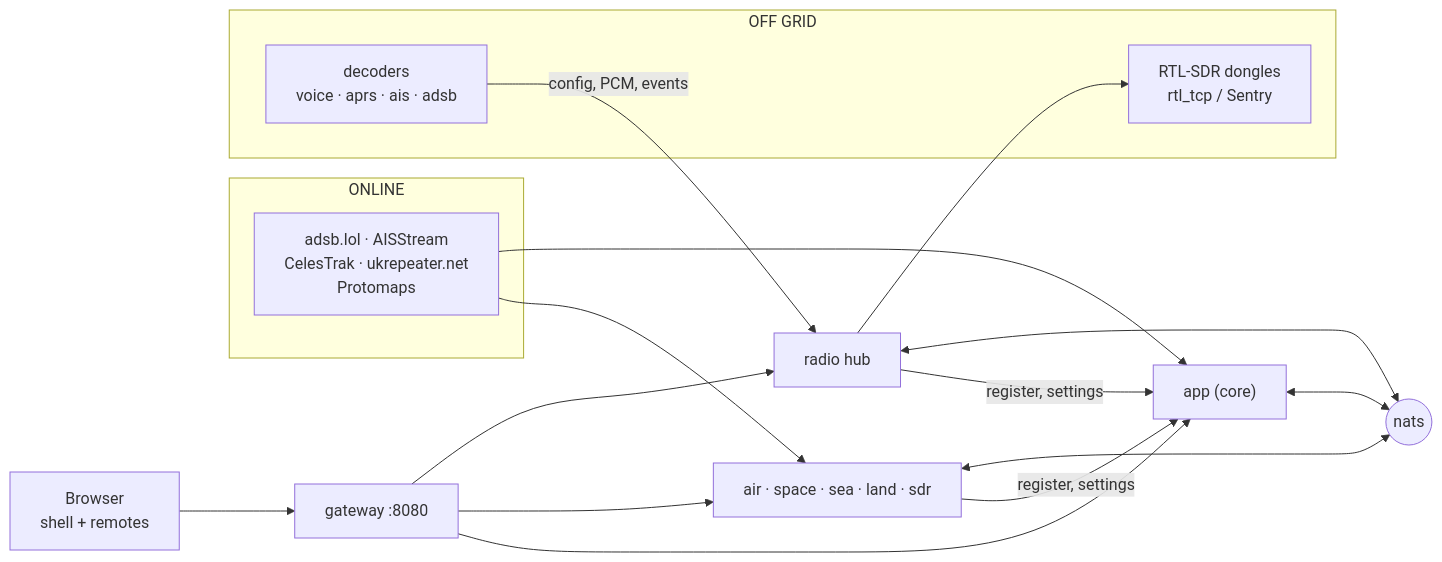
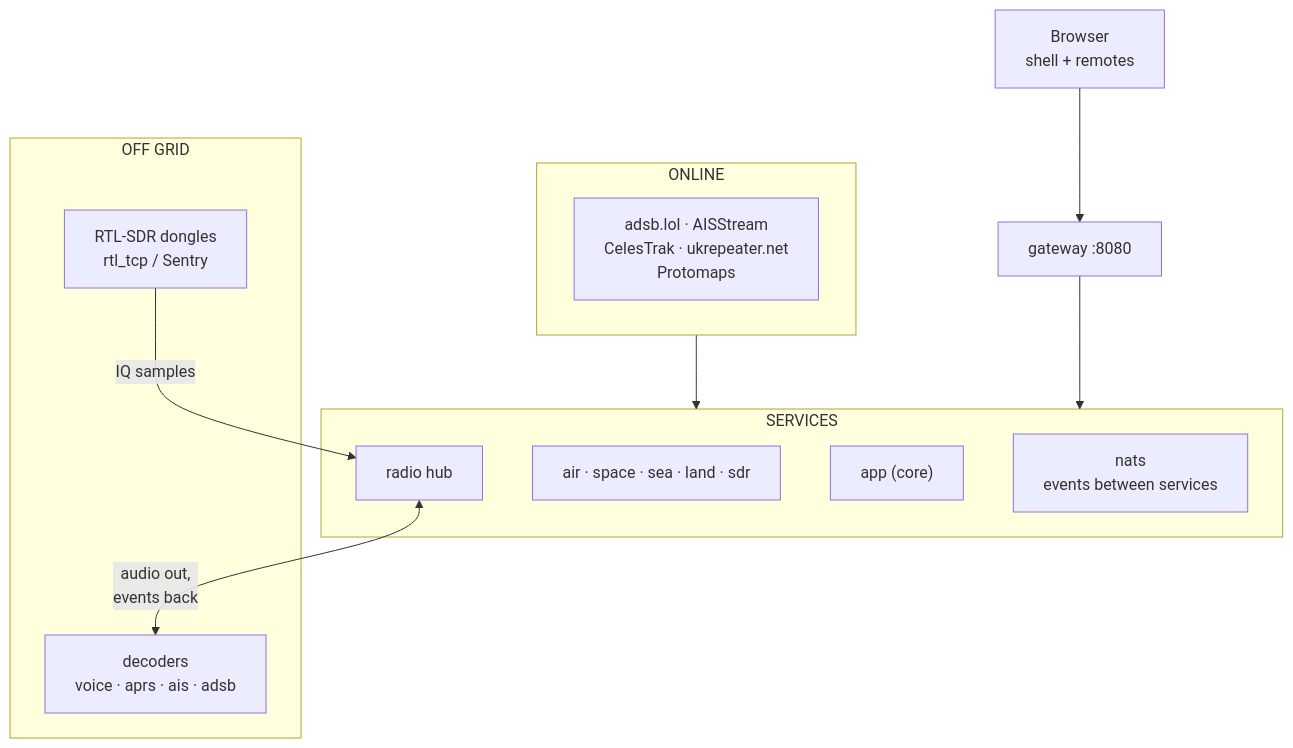
Before and after one commit to barrygee/Sentinel: the diagram in docs/architecture/overview.md, drawn with Mermaid. The commit also changed other lines of this file and 8 other files, not shown here.

First line of the commit message:
docs: lay diagrams out top to bottom with each flow's direction shown

````diff
--- a/docs/architecture/overview.md
+++ b/docs/architecture/overview.md
@@ -16,25 +16,23 @@
 ```mermaid
-flowchart LR
+flowchart TB
     browser["Browser<br/>shell + remotes"] --> gateway["gateway :8080"]
-    gateway --> app["app (core)"]
-    gateway --> sections["air · space · sea · land · sdr"]
-    gateway --> radio["radio hub"]
-    sections -- "register, settings" --> app
-    radio -- "register, settings" --> app
-    app <--> nats(("nats"))
-    sections <--> nats
-    radio <--> nats
+    gateway --> services
+    subgraph services["SERVICES"]
+        app["app (core)"]
+        sections["air · space · sea · land · sdr"]
+        radio["radio hub"]
+        nats["nats<br/>events between services"]
+    end
     subgraph onlineFeeds["ONLINE"]
         feeds["adsb.lol · AISStream<br/>CelesTrak · ukrepeater.net<br/>Protomaps"]
     end
+    onlineFeeds --> services
     subgraph offgridRadios["OFF GRID"]
         dongles["RTL-SDR dongles<br/>rtl_tcp / Sentry"]
         decoders["decoders<br/>voice · aprs · ais · adsb"]
     end
-    feeds --> sections
-    feeds --> app
-    radio --> dongles
-    decoders -- "config, PCM, events" --> radio
+    dongles -- "IQ samples" --> radio
+    radio <-- "audio out,<br/>events back" --> decoders
     class onlineFeeds online
     class offgridRadios offgrid
 ```
````
